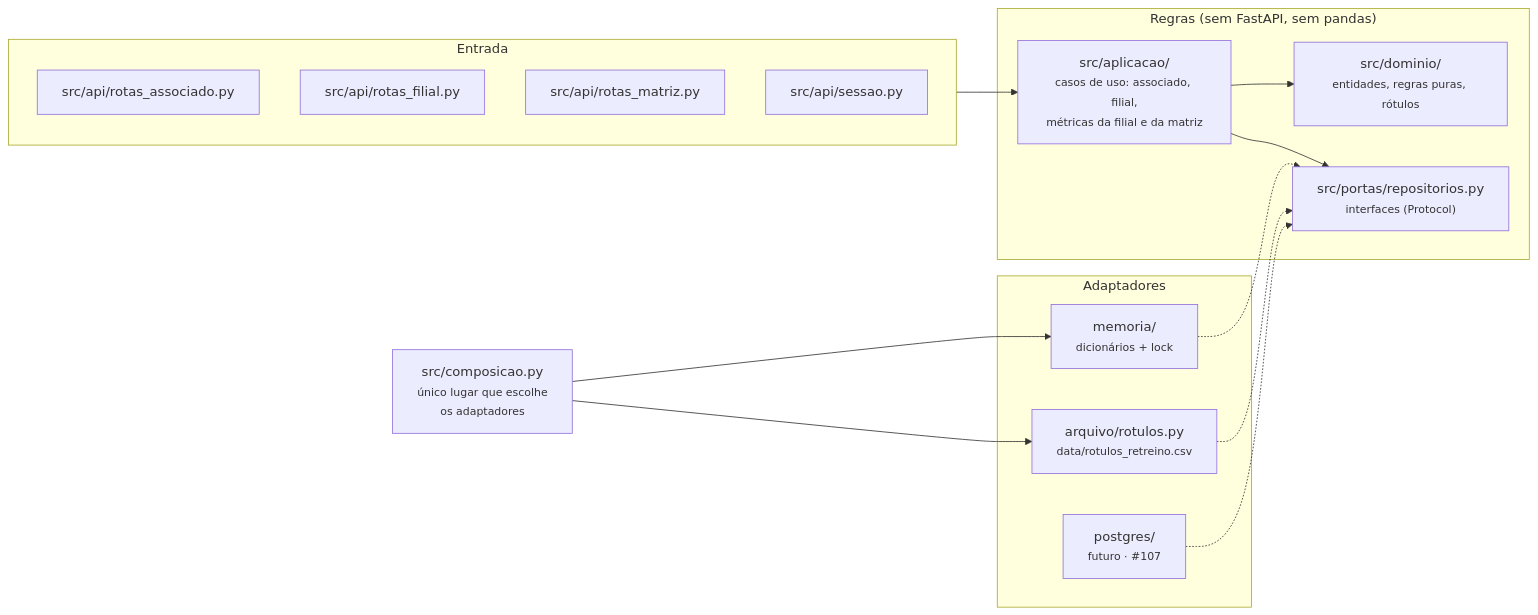
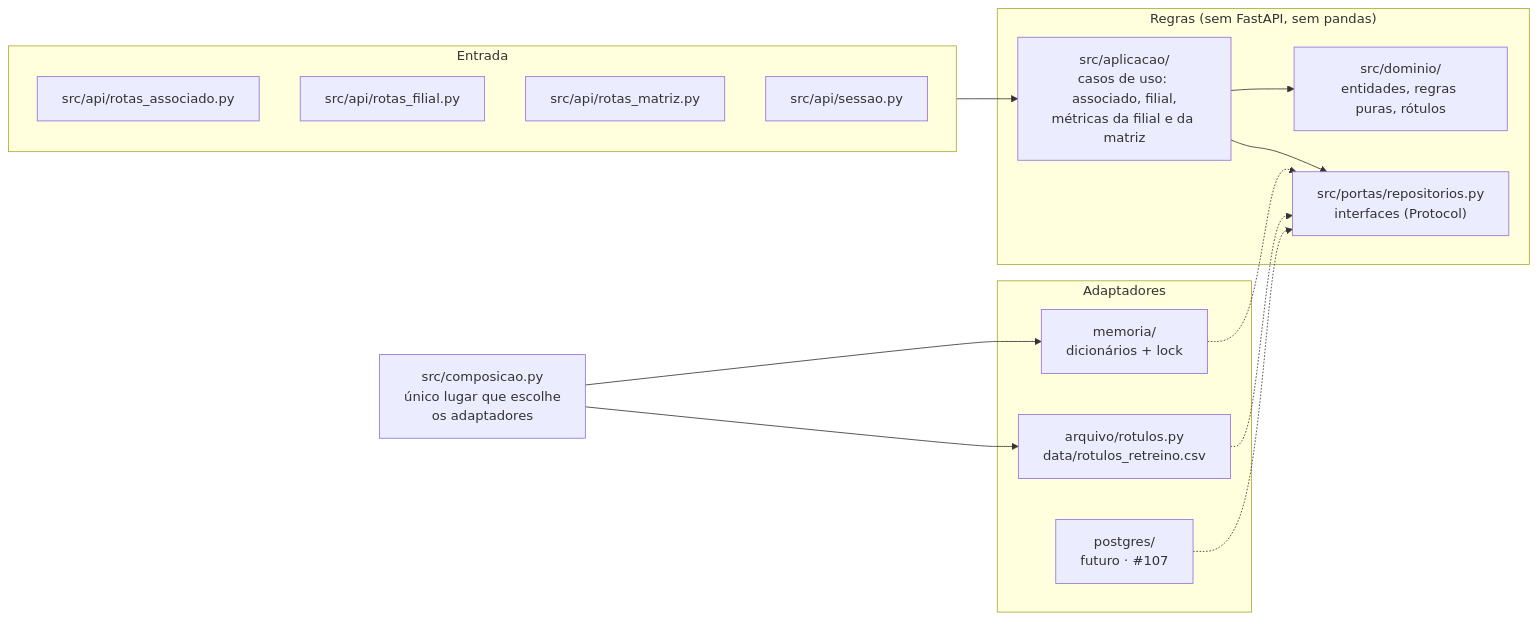
The fourth of 15 diagrams in README.md (PedroMLegnaghi/Sentinela_IBM_SkillsBuildAILab_Sicredi_challenge), drawn with Mermaid before and after one commit. The commit also changed other lines of this file, not shown here.

Commit message:
docs: corrige a formatação dos diagramas do README no GitHub (#149)

````diff
--- a/README.md
+++ b/README.md
@@ -178,27 +178,27 @@
 ```mermaid
 flowchart LR
     subgraph Entrada["Entrada"]
         R1["src/api/rotas_associado.py"]
         R2["src/api/rotas_filial.py"]
         R3["src/api/rotas_matriz.py"]
         SS["src/api/sessao.py"]
     end
     subgraph Nucleo["Regras (sem FastAPI, sem pandas)"]
-        AP["src/aplicacao/<br/><small>casos de uso: associado, filial,<br/>métricas da filial e da matriz</small>"]
-        DO["src/dominio/<br/><small>entidades, regras puras, rótulos</small>"]
-        PO["src/portas/repositorios.py<br/><small>interfaces (Protocol)</small>"]
+        AP["src/aplicacao/<br/>casos de uso: associado, filial,<br/>métricas da filial e da matriz"]
+        DO["src/dominio/<br/>entidades, regras puras, rótulos"]
+        PO["src/portas/repositorios.py<br/>interfaces (Protocol)"]
     end
     subgraph Saida["Adaptadores"]
-        ME["memoria/<br/><small>dicionários + lock</small>"]
-        AR["arquivo/rotulos.py<br/><small>data/rotulos_retreino.csv</small>"]
-        PG["postgres/<br/><small>futuro · #107</small>"]
+        ME["memoria/<br/>dicionários + lock"]
+        AR["arquivo/rotulos.py<br/>data/rotulos_retreino.csv"]
+        PG["postgres/<br/>futuro · #107"]
     end
-    CO["src/composicao.py<br/><small>único lugar que escolhe<br/>os adaptadores</small>"]
+    CO["src/composicao.py<br/>único lugar que escolhe<br/>os adaptadores"]
     Entrada --> AP --> DO
     AP --> PO
     ME -.-> PO
     AR -.-> PO
     PG -.-> PO
     CO --> ME
     CO --> AR
 ```
````
